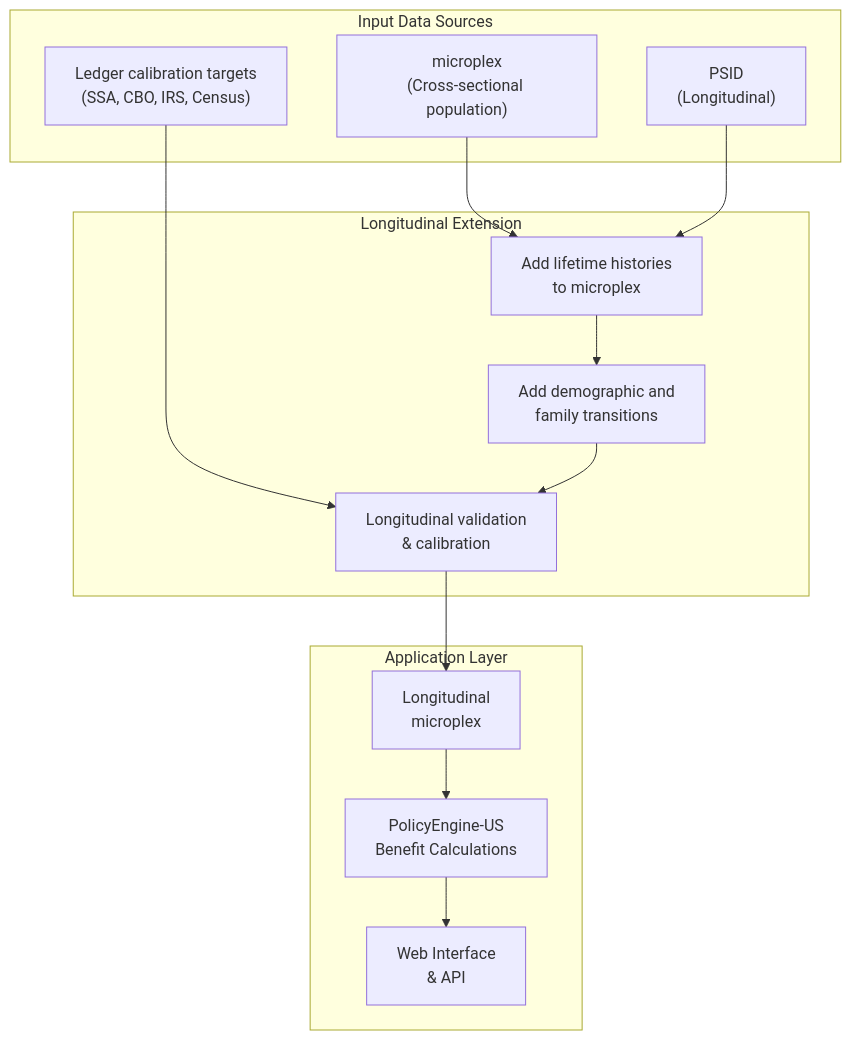
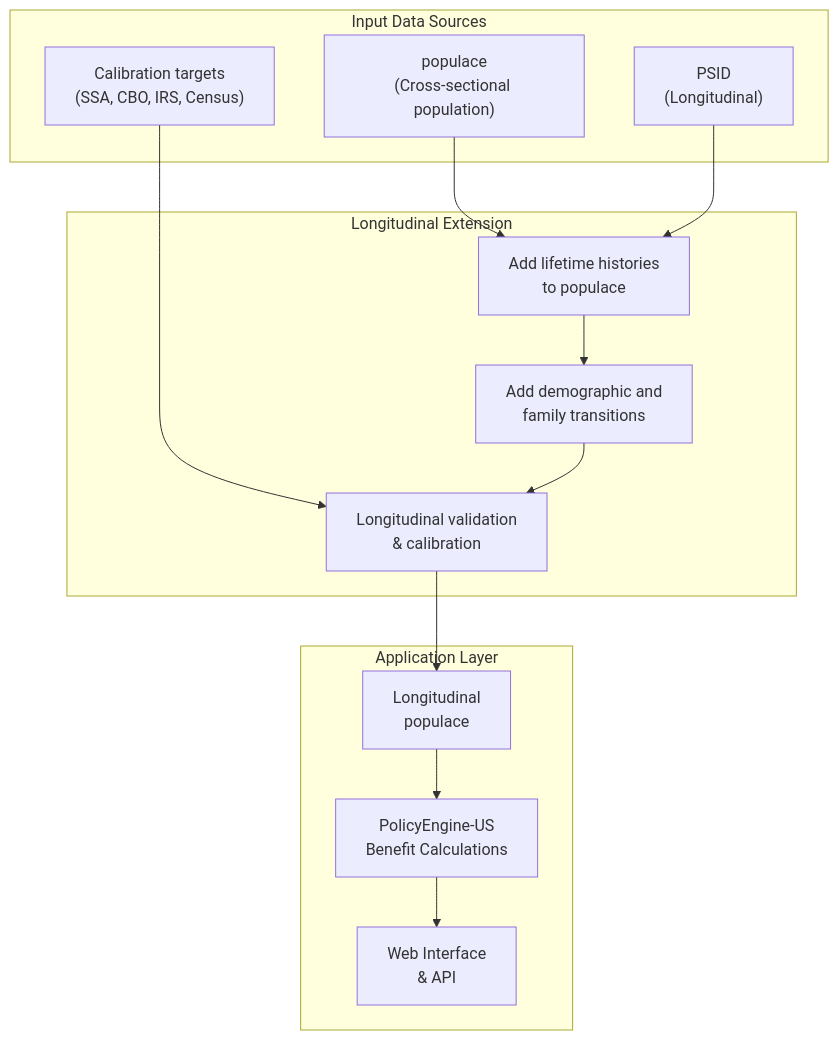
One commit to PolicyEngine/populace-dynamics changed the diagram in docs/methodology.md. Above: the diagram before and after it, drawn with Mermaid. The commit also changed other lines of this file and 17 other files, not shown here.

````diff
--- a/docs/methodology.md
+++ b/docs/methodology.md
@@ -30,29 +32,29 @@
 ```mermaid
 flowchart TD
     subgraph inputs["Input Data Sources"]
-        MPX["microplex<br/>(Cross-sectional population)"]
+        MPX["populace<br/>(Cross-sectional population)"]
         PSID["PSID<br/>(Longitudinal)"]
-        SSA["Ledger calibration targets<br/>(SSA, CBO, IRS, Census)"]
+        SSA["Calibration targets<br/>(SSA, CBO, IRS, Census)"]
     end
 
     subgraph processing["Longitudinal Extension"]
-        HIST["Add lifetime histories<br/>to microplex"]
+        HIST["Add lifetime histories<br/>to populace"]
         TRANS["Add demographic and<br/>family transitions"]
         CAL["Longitudinal validation<br/>& calibration"]
     end
 
     subgraph outputs["Application Layer"]
-        PANEL["Longitudinal<br/>microplex"]
+        PANEL["Longitudinal<br/>populace"]
         PE["PolicyEngine-US<br/>Benefit Calculations"]
         WEB["Web Interface<br/>& API"]
     end
 
     MPX --> HIST
     PSID --> HIST
     HIST --> TRANS
     SSA --> CAL
     TRANS --> CAL
     CAL --> PANEL
     PANEL --> PE
     PE --> WEB
 ```
````
